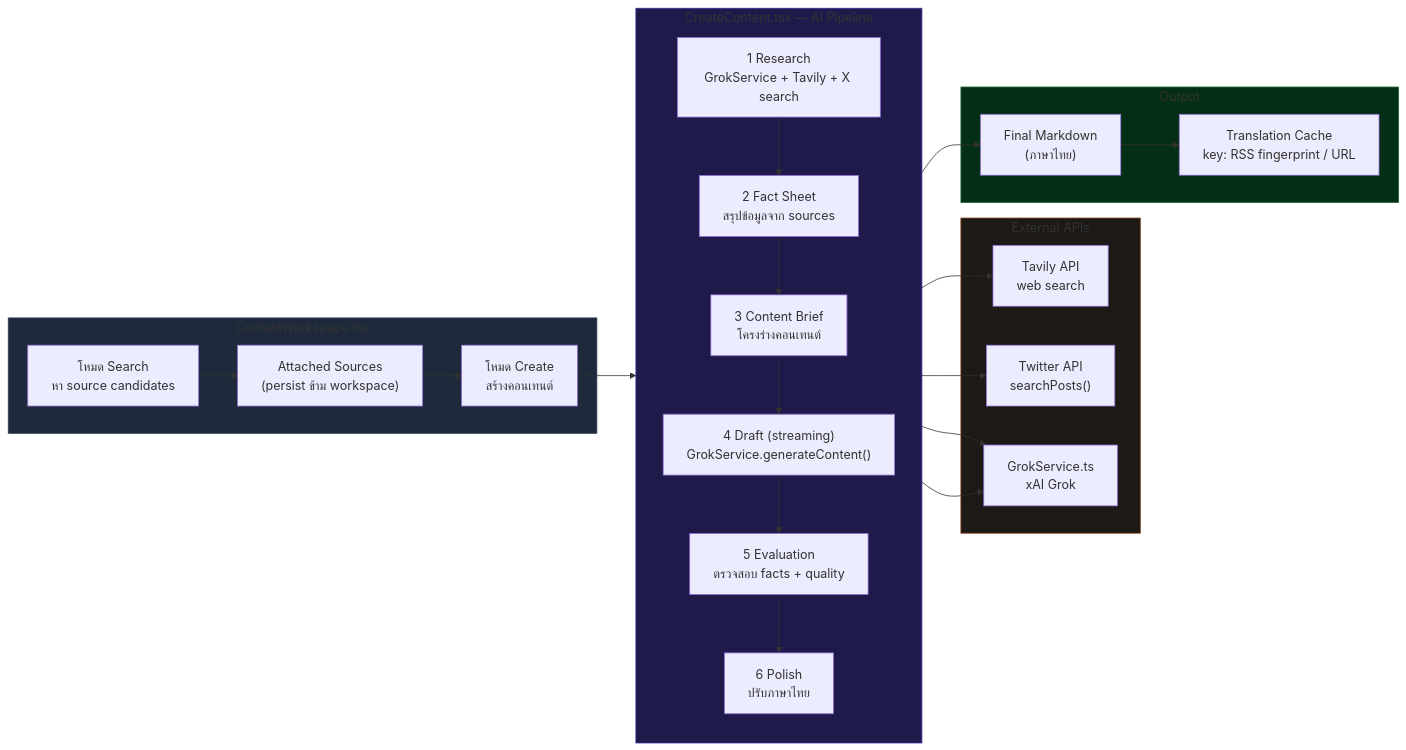
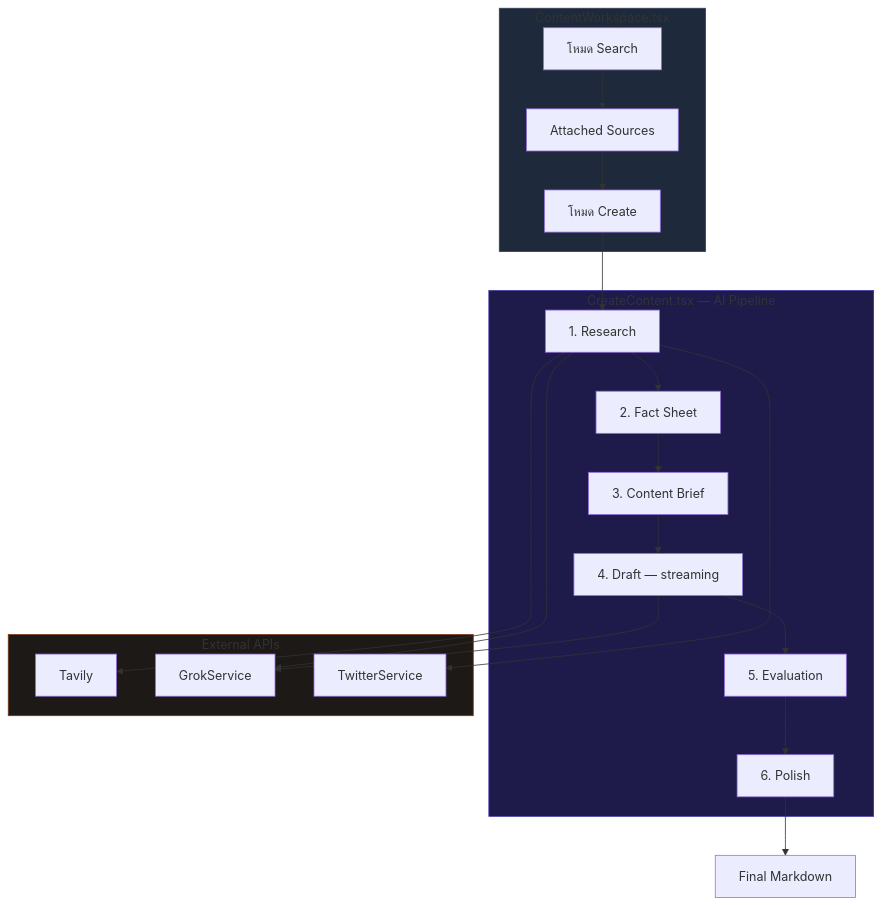
Before and after one commit to thefogusz/test: the diagram in docs/features/content-workspace.md, drawn with Mermaid. The commit also changed 10 other files, not shown here.

First line of the commit message:
Translate all English docs to Thai + fix diagram readability

````diff
--- a/docs/features/content-workspace.md
+++ b/docs/features/content-workspace.md
@@ -13,45 +13,35 @@
 ```mermaid
-flowchart LR
-    subgraph Entry["ContentWorkspace.tsx"]
-        SEARCH_MODE["โหมด Search\nหา source candidates"]
-        CREATE_MODE["โหมด Create\nสร้างคอนเทนต์"]
-        ATTACH["Attached Sources\n(persist ข้าม workspace)"]
+flowchart TD
+    subgraph WS["ContentWorkspace.tsx"]
+        SEARCH[โหมด Search]
+        ATTACH[Attached Sources]
+        CREATE[โหมด Create]
     end
 
     subgraph Pipeline["CreateContent.tsx — AI Pipeline"]
-        direction TB
-        P1["1 Research\nGrokService + Tavily + X search"]
-        P2["2 Fact Sheet\nสรุปข้อมูลจาก sources"]
-        P3["3 Content Brief\nโครงร่างคอนเทนต์"]
-        P4["4 Draft (streaming)\nGrokService.generateContent()"]
-        P5["5 Evaluation\nตรวจสอบ facts + quality"]
-        P6["6 Polish\nปรับภาษาไทย"]
+        P1[1. Research]
+        P2[2. Fact Sheet]
+        P3[3. Content Brief]
+        P4[4. Draft — streaming]
+        P5[5. Evaluation]
+        P6[6. Polish]
         P1 --> P2 --> P3 --> P4 --> P5 --> P6
     end
 
-    subgraph External["External APIs"]
-        TAVILY["Tavily API\nweb search"]
-        XAPI["Twitter API\nsearchPosts()"]
-        GROK["GrokService.ts\nxAI Grok"]
+    subgraph APIs["External APIs"]
+        TAVILY[Tavily]
+        GROK[GrokService]
+        XAPI[TwitterService]
     end
 
-    subgraph Output["Output"]
-        MD["Final Markdown\n(ภาษาไทย)"]
-        CACHE["Translation Cache\nkey: RSS fingerprint / URL"]
-    end
+    OUT[Final Markdown]
 
-    SEARCH_MODE --> ATTACH
-    ATTACH --> CREATE_MODE
-    CREATE_MODE --> P1
-    P1 --> TAVILY
-    P1 --> XAPI
-    P1 --> GROK
+    SEARCH --> ATTACH --> CREATE --> P1
+    P1 --> TAVILY & GROK & XAPI
     P4 --> GROK
-    P6 --> MD
-    MD --> CACHE
+    P6 --> OUT
 
-    style Entry fill:#1e293b,stroke:#334155
+    style WS fill:#1e293b,stroke:#334155
     style Pipeline fill:#1e1b4b,stroke:#3730a3
-    style External fill:#1c1917,stroke:#78350f
-    style Output fill:#052e16,stroke:#166534
+    style APIs fill:#1c1917,stroke:#78350f
 ```
````
